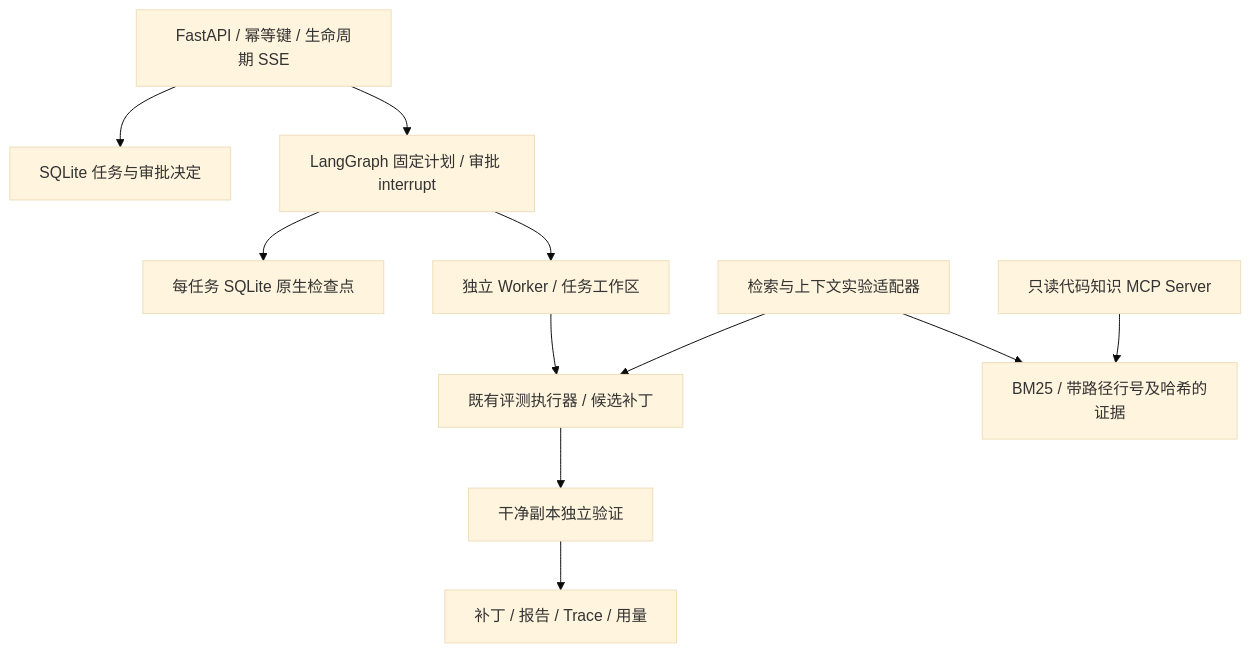
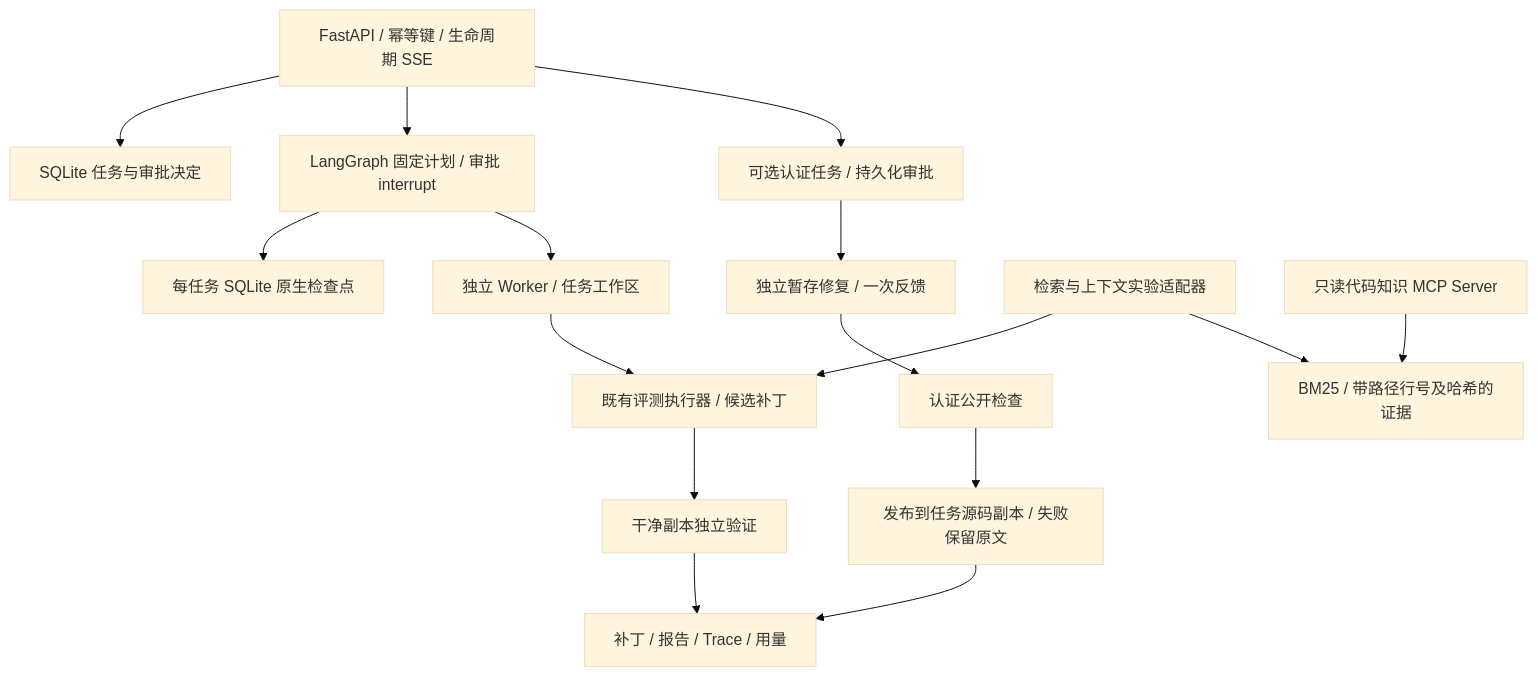
The diagram in docs/project-overview.md (Marshall0214/CoreCoder), drawn with Mermaid (base theme) before and after one commit. The commit also changed other lines of this file and 14 other files, not shown here.

First line of the commit message:
Add opt-in tentative repair approval workflow to the local service

````diff
--- a/docs/project-overview.md
+++ b/docs/project-overview.md
@@ -44,13 +45,18 @@
 ```mermaid
 flowchart TD
     API[FastAPI / 幂等键 / 生命周期 SSE] --> Store[SQLite 任务与审批决定]
     API --> Graph[LangGraph 固定计划 / 审批 interrupt]
     Graph --> CP[每任务 SQLite 原生检查点]
     Graph --> Worker[独立 Worker / 任务工作区]
     Worker --> Run[既有评测执行器 / 候选补丁]
     Run --> Verify[干净副本独立验证]
     Verify --> Artifacts[补丁 / 报告 / Trace / 用量]
+    API --> Approval[可选认证任务 / 持久化审批]
+    Approval --> Tentative[独立暂存修复 / 一次反馈]
+    Tentative --> PublicGate[认证公开检查]
+    PublicGate --> Publish[发布到任务源码副本 / 失败保留原文]
+    Publish --> Artifacts
     Experiments[检索与上下文实验适配器] --> Run
     MCP[只读代码知识 MCP Server] --> Evidence[BM25 / 带路径行号及哈希的证据]
     Experiments --> Evidence
 ```
````
